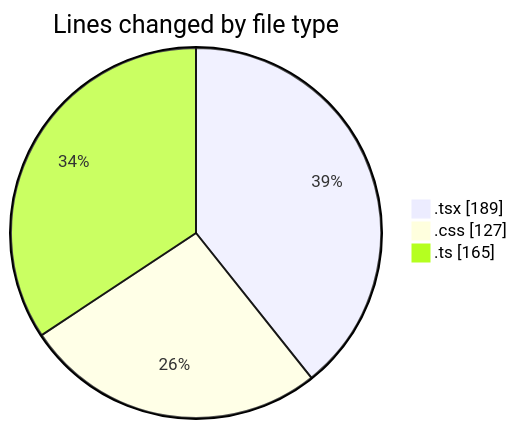
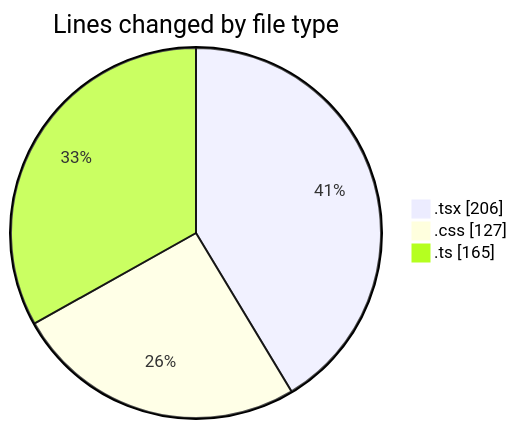
Before and after one commit to robertbonfada/code-tracking: the first of 2 diagrams in 2025-01-09/mbc-web/README.md, drawn with Mermaid. The commit also changed other lines of this file and 1 other file, not shown here.

````diff
--- a/2025-01-09/mbc-web/README.md
+++ b/2025-01-09/mbc-web/README.md
@@ -30,7 +30,7 @@
 ```mermaid
 pie showData
 title Lines changed by file type
-".tsx" : 189
+".tsx" : 206
 ".css" : 127
 ".ts" : 165
 ```
````
